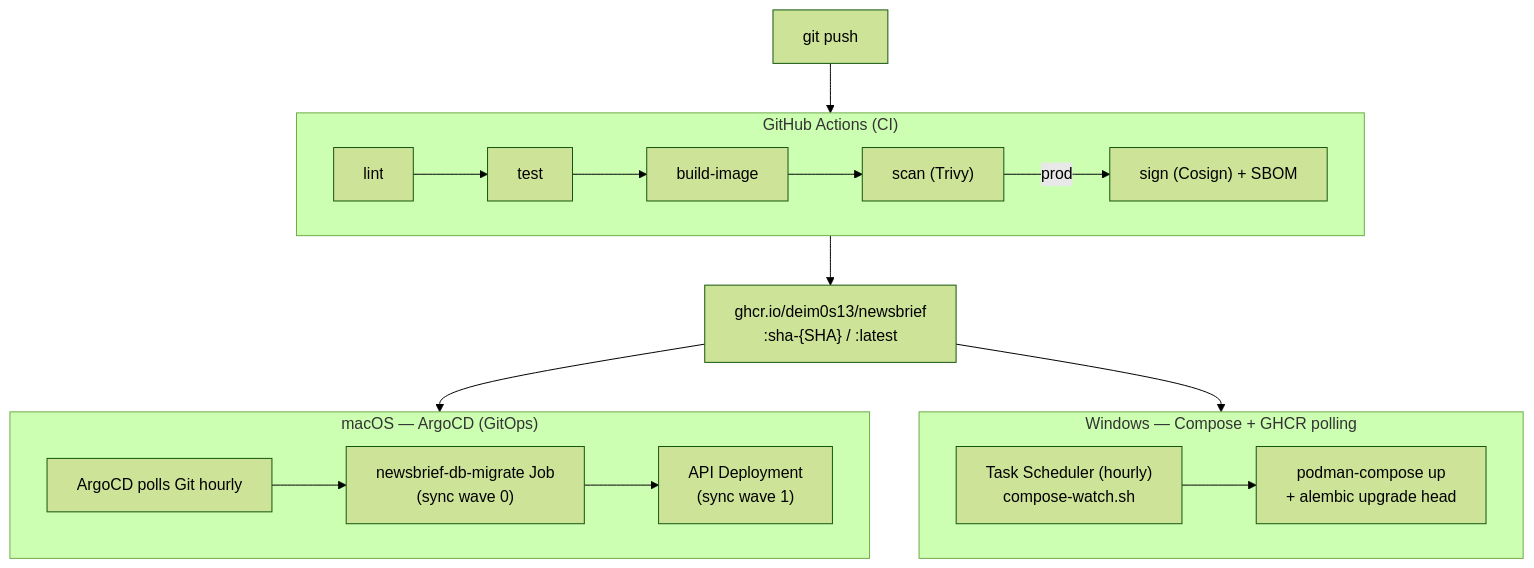
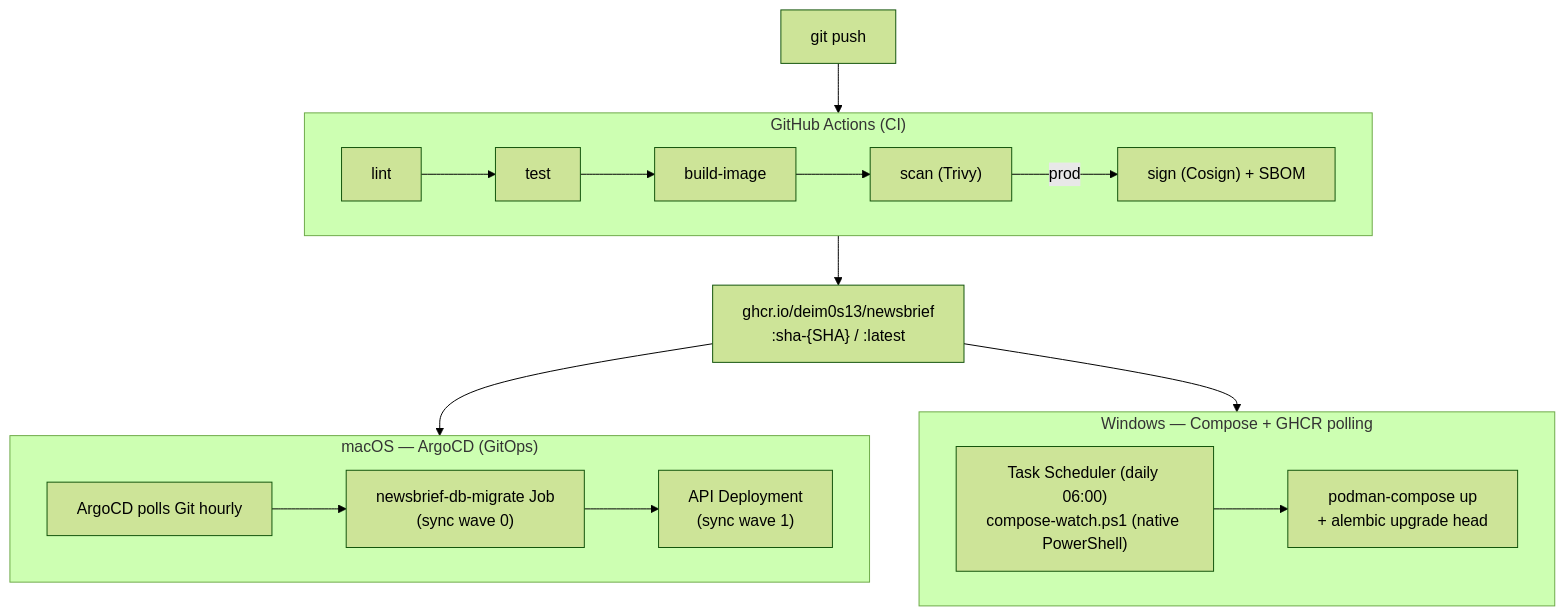
One commit to Deim0s13/newsbrief changed the eighth of 11 diagrams in docs/ARCHITECTURE.md. Above: the diagram before and after it, drawn with Mermaid (forest theme). The commit also changed other lines of this file and 6 other files, not shown here.

````diff
--- a/docs/ARCHITECTURE.md
+++ b/docs/ARCHITECTURE.md
@@ -764,28 +764,28 @@
 ```mermaid
 flowchart TB
     subgraph GH["GitHub Actions (CI)"]
         direction LR
         Lint["lint"] --> Test["test"] --> Build["build-image"] --> Scan["scan (Trivy)"]
         Scan -->|prod| Sign["sign (Cosign) + SBOM"]
     end
 
     GHCR["ghcr.io/deim0s13/newsbrief\n:sha-{SHA} / :latest"]
 
     subgraph macOS["macOS — ArgoCD (GitOps)"]
         Argo["ArgoCD polls Git hourly"]
         MigrateJob["newsbrief-db-migrate Job\n(sync wave 0)"]
         KubeApp["API Deployment\n(sync wave 1)"]
         Argo --> MigrateJob --> KubeApp
     end
 
     subgraph Windows["Windows — Compose + GHCR polling"]
-        Task["Task Scheduler (hourly)\ncompose-watch.sh"]
+        Task["Task Scheduler (daily 06:00)\ncompose-watch.ps1 (native PowerShell)"]
         ComposeUp["podman-compose up\n+ alembic upgrade head"]
         Task --> ComposeUp
     end
 
     Push["git push"] --> GH
     GH --> GHCR
     GHCR --> macOS
     GHCR --> Windows
 ```
````
